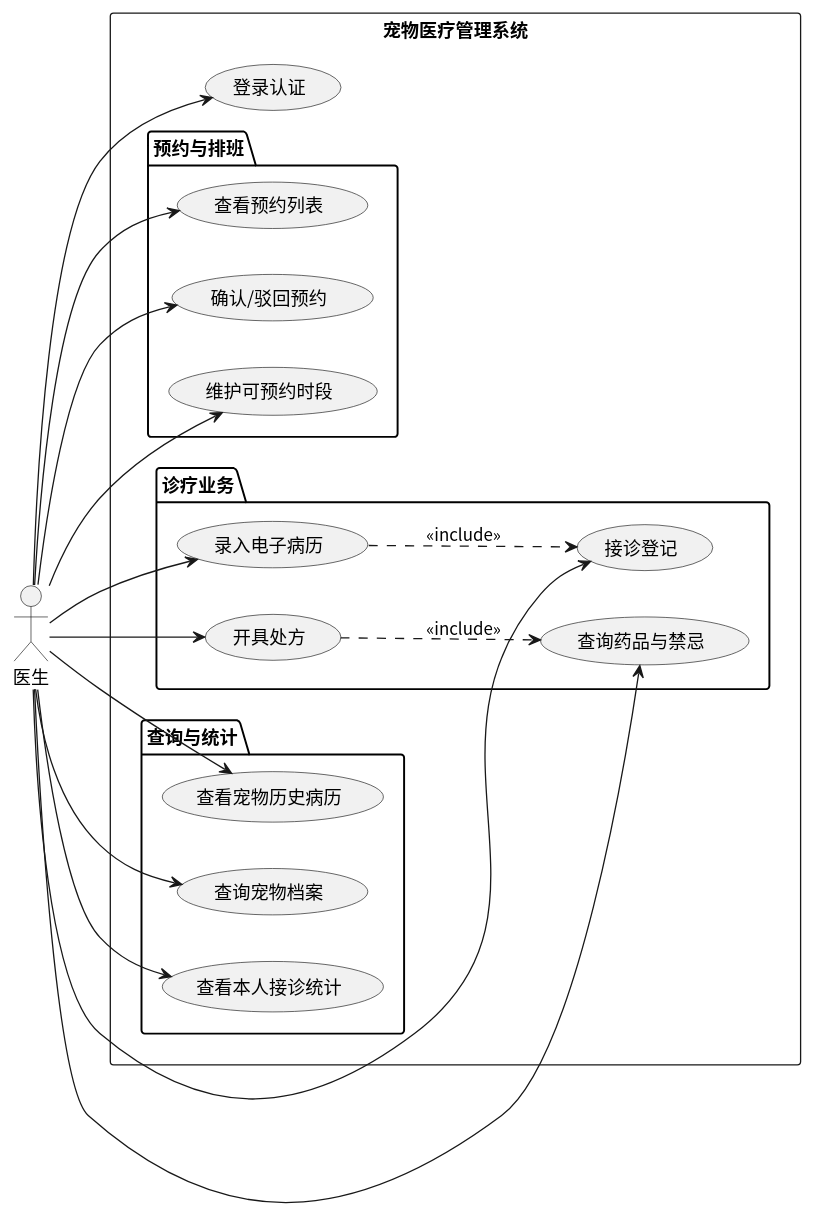
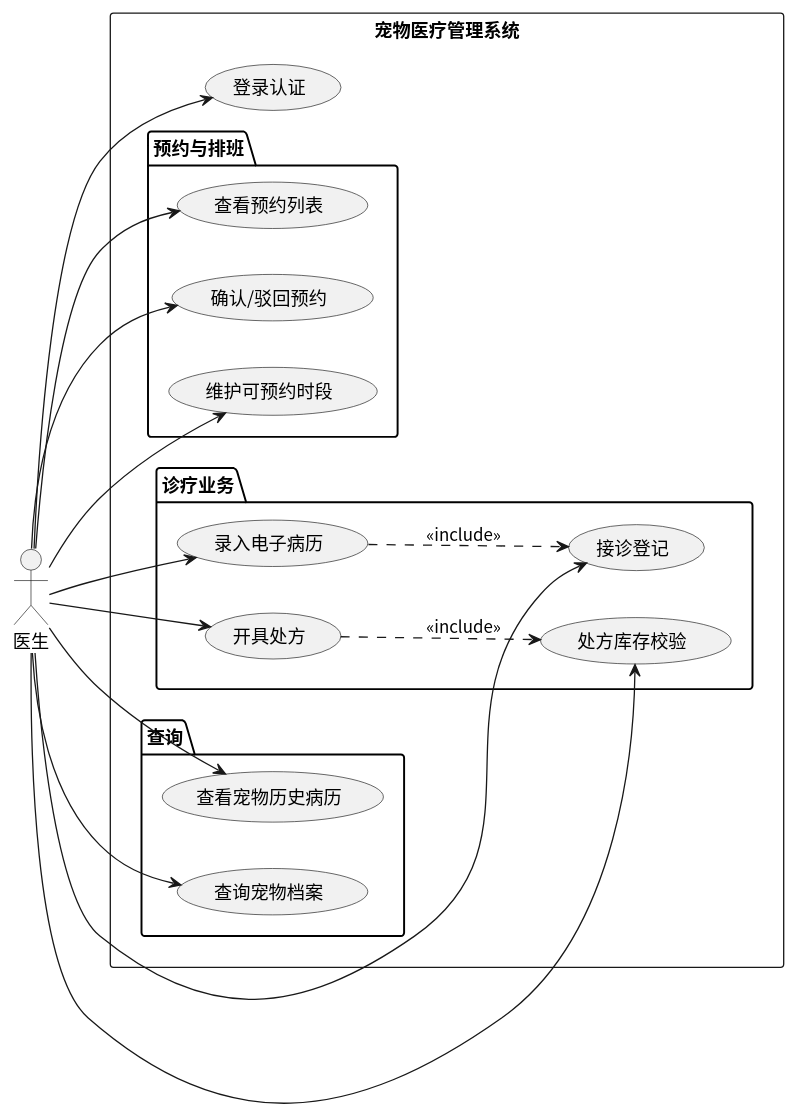
One commit to esneighbour9/Pet-Medical-Management changed the diagram in docs/02-需求分析/图表源文件/图3-医生用例图.puml. Above: the diagram before and after it, drawn with PlantUML. The commit also changed 13 other files, not shown here.

Commit message:
refactor(需求): 功能范围收敛为六模块，同步更新需求说明书、图表、开题报告与答辩材料

```diff
--- a/docs/02-需求分析/图表源文件/图3-医生用例图.puml
+++ b/docs/02-需求分析/图表源文件/图3-医生用例图.puml
@@ -1,46 +1,44 @@
 @startuml
-' 图3 医生用例图
+' 图3 医生用例图（六模块）
 left to right direction
 skinparam shadowing false
 skinparam defaultFontName "Noto Sans CJK SC"
 
 actor "医生" as Doctor
 
 rectangle "宠物医疗管理系统" {
   usecase "登录认证" as D0
 
   package "预约与排班" {
     usecase "查看预约列表" as D1
     usecase "确认/驳回预约" as D2
     usecase "维护可预约时段" as D3
   }
 
   package "诊疗业务" {
     usecase "接诊登记" as E1
     usecase "录入电子病历" as E2
     usecase "开具处方" as E3
-    usecase "查询药品与禁忌" as E4
+    usecase "处方库存校验" as E4
   }
 
-  package "查询与统计" {
+  package "查询" {
     usecase "查看宠物历史病历" as F1
     usecase "查询宠物档案" as F2
-    usecase "查看本人接诊统计" as F3
   }
 }
 
 Doctor --> D0
 Doctor --> D1
 Doctor --> D2
 Doctor --> D3
 Doctor --> E1
 Doctor --> E2
 Doctor --> E3
 Doctor --> E4
 Doctor --> F1
 Doctor --> F2
-Doctor --> F3
 
+E2 ..> E1 : <<include>>
 E3 ..> E4 : <<include>>
-E2 ..> E1 : <<include>>
 @enduml
```
